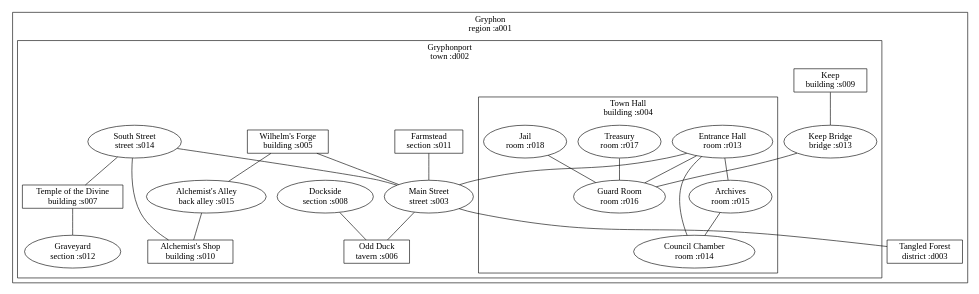
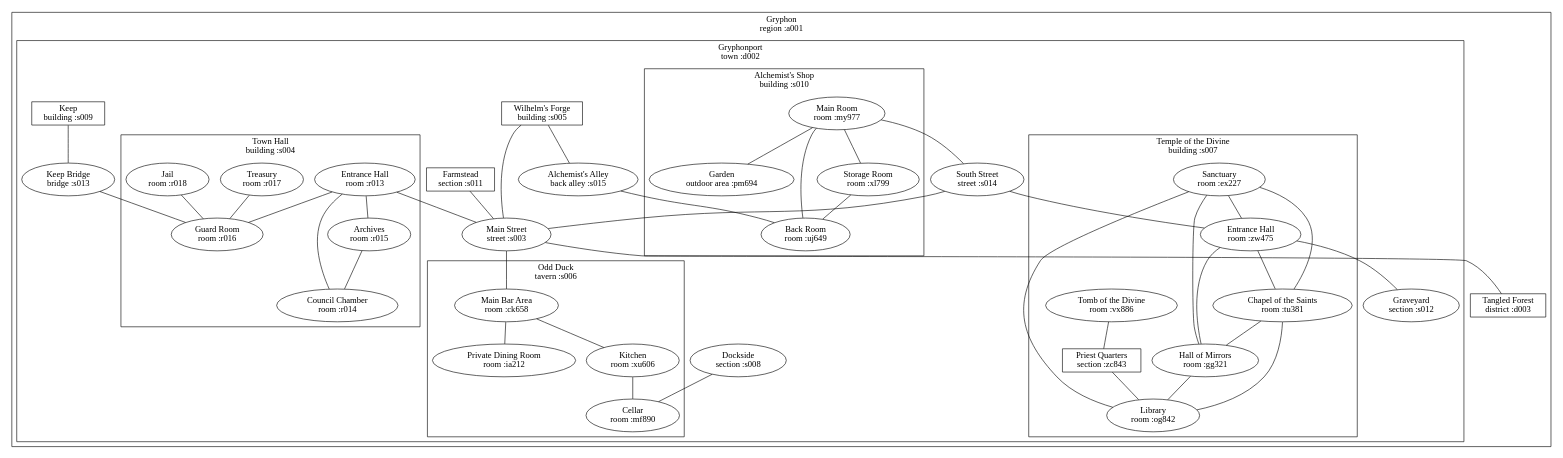
The diagram in world.dot (Chouser/gryphonport), drawn with Graphviz before and after one commit. The commit also changed 2 other files, not shown here.

```diff
--- a/world.dot
+++ b/world.dot
@@ -1,50 +1,89 @@
 graph world {
   subgraph cluster_a001 {
   label="Gryphon\nregion :a001";
     subgraph cluster_d002 {
     label="Gryphonport\ntown :d002";
       s003[shape=ellipse, label="Main Street\nstreet :s003"];
       subgraph cluster_s004 {
       label="Town Hall\nbuilding :s004";
         r013[shape=ellipse, label="Entrance Hall\nroom :r013"];
         r014[shape=ellipse, label="Council Chamber\nroom :r014"];
         r015[shape=ellipse, label="Archives\nroom :r015"];
         r016[shape=ellipse, label="Guard Room\nroom :r016"];
         r017[shape=ellipse, label="Treasury\nroom :r017"];
         r018[shape=ellipse, label="Jail\nroom :r018"];
       }
       s005[shape=box, label="Wilhelm's Forge\nbuilding :s005"];
-      s006[shape=box, label="Odd Duck\ntavern :s006"];
-      s007[shape=box, label="Temple of the Divine\nbuilding :s007"];
+      subgraph cluster_s006 {
+      label="Odd Duck\ntavern :s006";
+        ck658[shape=ellipse, label="Main Bar Area\nroom :ck658"];
+        ia212[shape=ellipse, label="Private Dining Room\nroom :ia212"];
+        mf890[shape=ellipse, label="Cellar\nroom :mf890"];
+        xu606[shape=ellipse, label="Kitchen\nroom :xu606"];
+      }
+      subgraph cluster_s007 {
+      label="Temple of the Divine\nbuilding :s007";
+        ex227[shape=ellipse, label="Sanctuary\nroom :ex227"];
+        gg321[shape=ellipse, label="Hall of Mirrors\nroom :gg321"];
+        og842[shape=ellipse, label="Library\nroom :og842"];
+        tu381[shape=ellipse, label="Chapel of the Saints\nroom :tu381"];
+        vx886[shape=ellipse, label="Tomb of the Divine\nroom :vx886"];
+        zc843[shape=box, label="Priest Quarters\nsection :zc843"];
+        zw475[shape=ellipse, label="Entrance Hall\nroom :zw475"];
+      }
       s008[shape=ellipse, label="Dockside\nsection :s008"];
       s009[shape=box, label="Keep\nbuilding :s009"];
-      s010[shape=box, label="Alchemist's Shop\nbuilding :s010"];
+      subgraph cluster_s010 {
+      label="Alchemist's Shop\nbuilding :s010";
+        my977[shape=ellipse, label="Main Room\nroom :my977"];
+        pm694[shape=ellipse, label="Garden\noutdoor area :pm694"];
+        uj649[shape=ellipse, label="Back Room\nroom :uj649"];
+        xl799[shape=ellipse, label="Storage Room\nroom :xl799"];
+      }
       s011[shape=box, label="Farmstead\nsection :s011"];
       s012[shape=ellipse, label="Graveyard\nsection :s012"];
       s013[shape=ellipse, label="Keep Bridge\nbridge :s013"];
       s014[shape=ellipse, label="South Street\nstreet :s014"];
       s015[shape=ellipse, label="Alchemist's Alley\nback alley :s015"];
     }
     d003[shape=box, label="Tangled Forest\ndistrict :d003"];
   }
-  s003 -- s006;
+  zw475 -- s012;
+  s008 -- mf890;
+  ck658 -- xu606;
+  zw475 -- tu381;
+  tu381 -- gg321;
   s013 -- r016;
+  zw475 -- gg321;
+  my977 -- s014;
   s003 -- d003;
-  s007 -- s012;
+  xl799 -- uj649;
+  vx886 -- zc843;
+  ex227 -- gg321;
+  ex227 -- tu381;
   s014 -- s003;
+  my977 -- pm694;
+  gg321 -- og842;
+  ex227 -- zw475;
   r018 -- r016;
   r013 -- r015;
-  s008 -- s006;
   s005 -- s003;
   r015 -- r014;
   r013 -- s003;
   r013 -- r014;
+  s014 -- zw475;
   s009 -- s013;
   r017 -- r016;
-  s014 -- s010;
-  s014 -- s007;
+  tu381 -- og842;
+  s003 -- ck658;
+  ex227 -- og842;
+  xu606 -- mf890;
   s005 -- s015;
-  s015 -- s010;
+  my977 -- xl799;
+  ck658 -- ia212;
   r013 -- r016;
+  zc843 -- og842;
   s011 -- s003;
+  s015 -- uj649;
+  my977 -- uj649;
 }
```
